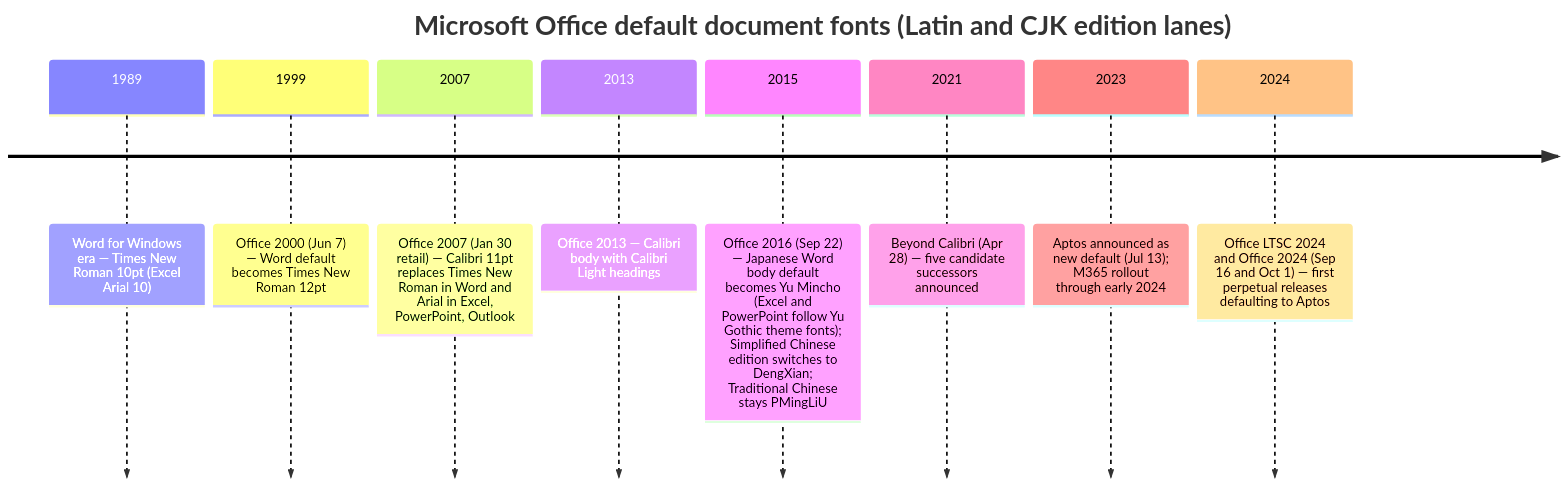
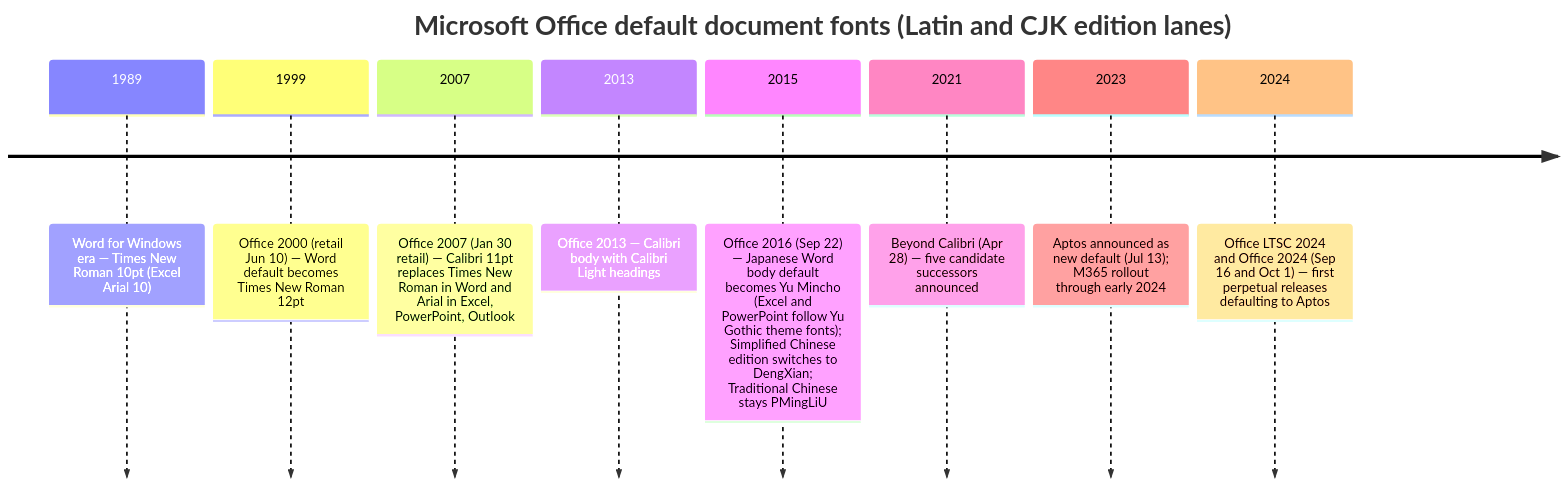
Before and after one commit to SecurityRonin/font-provenance: the eighth of 10 diagrams in docs/font-provenance-timelines.md, drawn with Mermaid. The commit also changed other lines of this file and 3 other files, not shown here.

````diff
--- a/docs/font-provenance-timelines.md
+++ b/docs/font-provenance-timelines.md
@@ -370,12 +370,12 @@
 ```mermaid
 timeline
     title Microsoft Office default document fonts (Latin and CJK edition lanes)
     1989 : Word for Windows era — Times New Roman 10pt (Excel Arial 10)
-    1999 : Office 2000 (Jun 7) — Word default becomes Times New Roman 12pt
+    1999 : Office 2000 (retail Jun 10) — Word default becomes Times New Roman 12pt
     2007 : Office 2007 (Jan 30 retail) — Calibri 11pt replaces Times New Roman in Word and Arial in Excel, PowerPoint, Outlook
     2013 : Office 2013 — Calibri body with Calibri Light headings
     2015 : Office 2016 (Sep 22) — Japanese Word body default becomes Yu Mincho (Excel and PowerPoint follow Yu Gothic theme fonts); Simplified Chinese edition switches to DengXian; Traditional Chinese stays PMingLiU
     2021 : Beyond Calibri (Apr 28) — five candidate successors announced
     2023 : Aptos announced as new default (Jul 13); M365 rollout through early 2024
     2024 : Office LTSC 2024 and Office 2024 (Sep 16 and Oct 1) — first perpetual releases defaulting to Aptos
 ```
````
